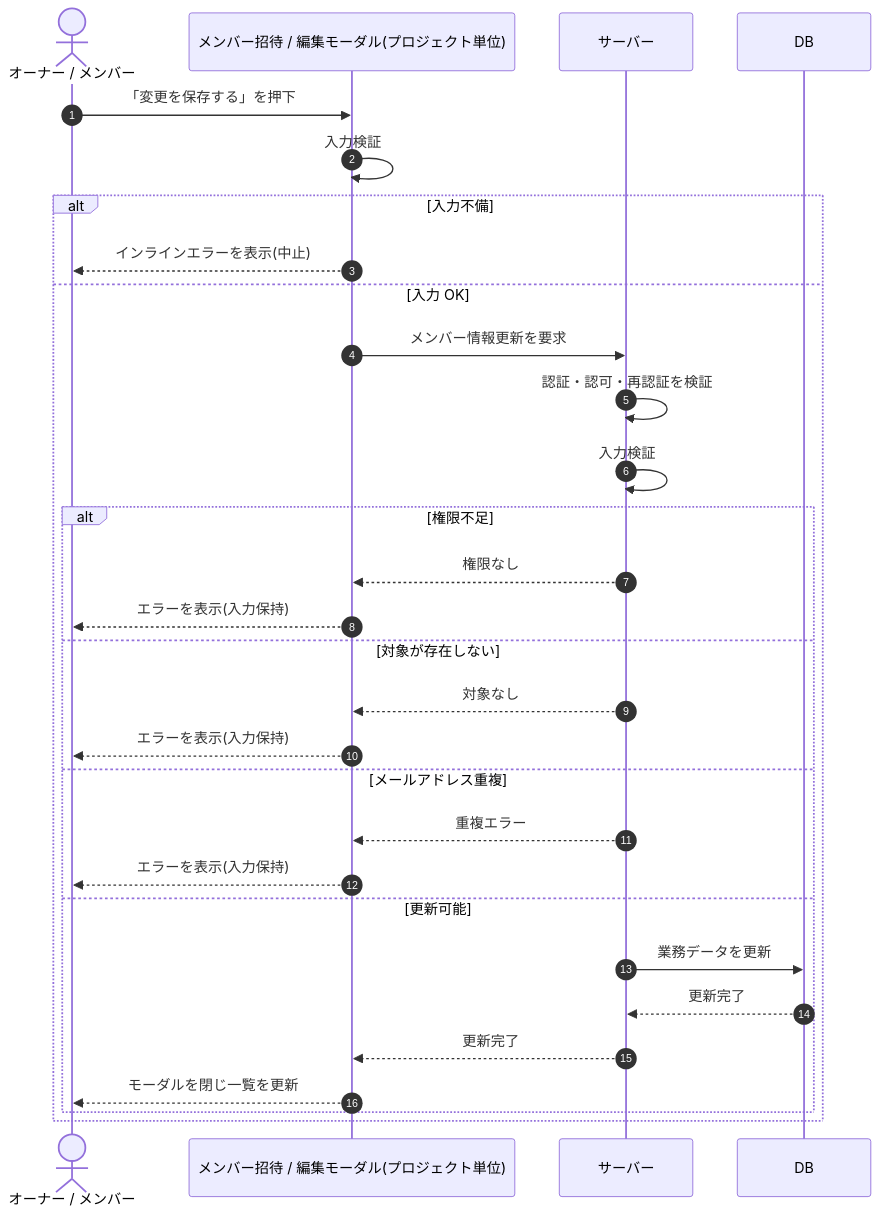
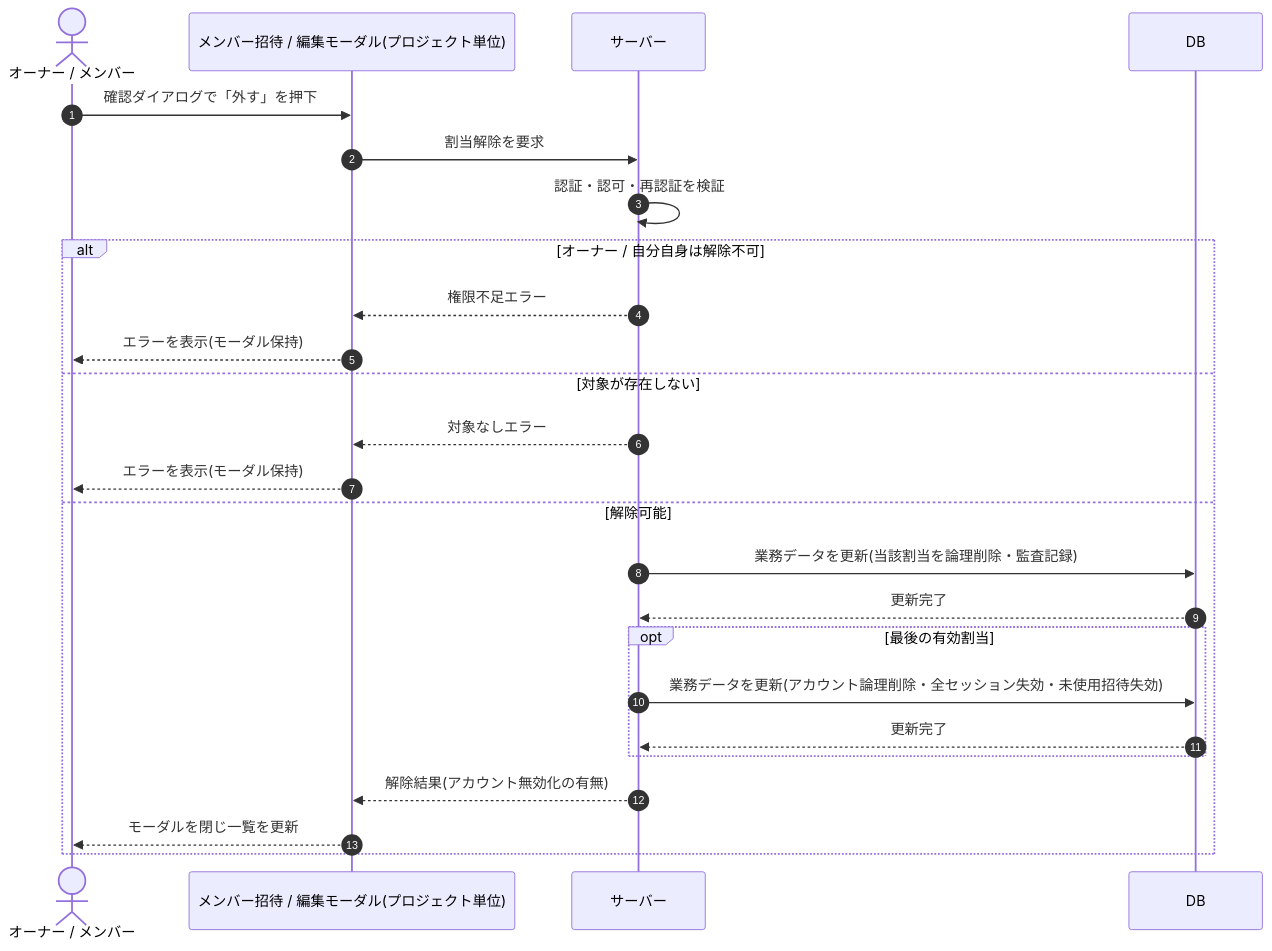
Before and after one commit to sikakou54/open-faq: the diagram in 02_basic_design/03_sequences/SEQ-050.md, drawn with Mermaid. The commit also changed other lines of this file and 395 other files, not shown here.

````diff
--- a/02_basic_design/03_sequences/SEQ-050.md
+++ b/02_basic_design/03_sequences/SEQ-050.md
@@ -25,32 +25,27 @@
 ```mermaid
 sequenceDiagram
   autonumber
   actor U as オーナー / メンバー
   participant Screen as メンバー招待 / 編集モーダル(プロジェクト単位)
   participant Server as サーバー
   participant DB as DB
-  U->>Screen: 「変更を保存する」を押下
-  Screen->>Screen: 入力検証
-  alt 入力不備
-    Screen-->>U: インラインエラーを表示(中止)
-  else 入力 OK
-    Screen->>Server: メンバー情報更新を要求
-    Server->>Server: 認証・認可・再認証を検証
-    Server->>Server: 入力検証
-    alt 権限不足
-      Server-->>Screen: 権限なし
-      Screen-->>U: エラーを表示(入力保持)
-    else 対象が存在しない
-      Server-->>Screen: 対象なし
-      Screen-->>U: エラーを表示(入力保持)
-    else メールアドレス重複
-      Server-->>Screen: 重複エラー
-      Screen-->>U: エラーを表示(入力保持)
-    else 更新可能
-      Server->>DB: 業務データを更新
+  U->>Screen: 確認ダイアログで「外す」を押下
+  Screen->>Server: 割当解除を要求
+  Server->>Server: 認証・認可・再認証を検証
+  alt オーナー / 自分自身は解除不可
+    Server-->>Screen: 権限不足エラー
+    Screen-->>U: エラーを表示(モーダル保持)
+  else 対象が存在しない
+    Server-->>Screen: 対象なしエラー
+    Screen-->>U: エラーを表示(モーダル保持)
+  else 解除可能
+    Server->>DB: 業務データを更新(当該割当を論理削除・監査記録)
+    DB-->>Server: 更新完了
+    opt 最後の有効割当
+      Server->>DB: 業務データを更新(アカウント論理削除・全セッション失効・未使用招待失効)
       DB-->>Server: 更新完了
-      Server-->>Screen: 更新完了
-      Screen-->>U: モーダルを閉じ一覧を更新
     end
+    Server-->>Screen: 解除結果(アカウント無効化の有無)
+    Screen-->>U: モーダルを閉じ一覧を更新
   end
 ```
````
